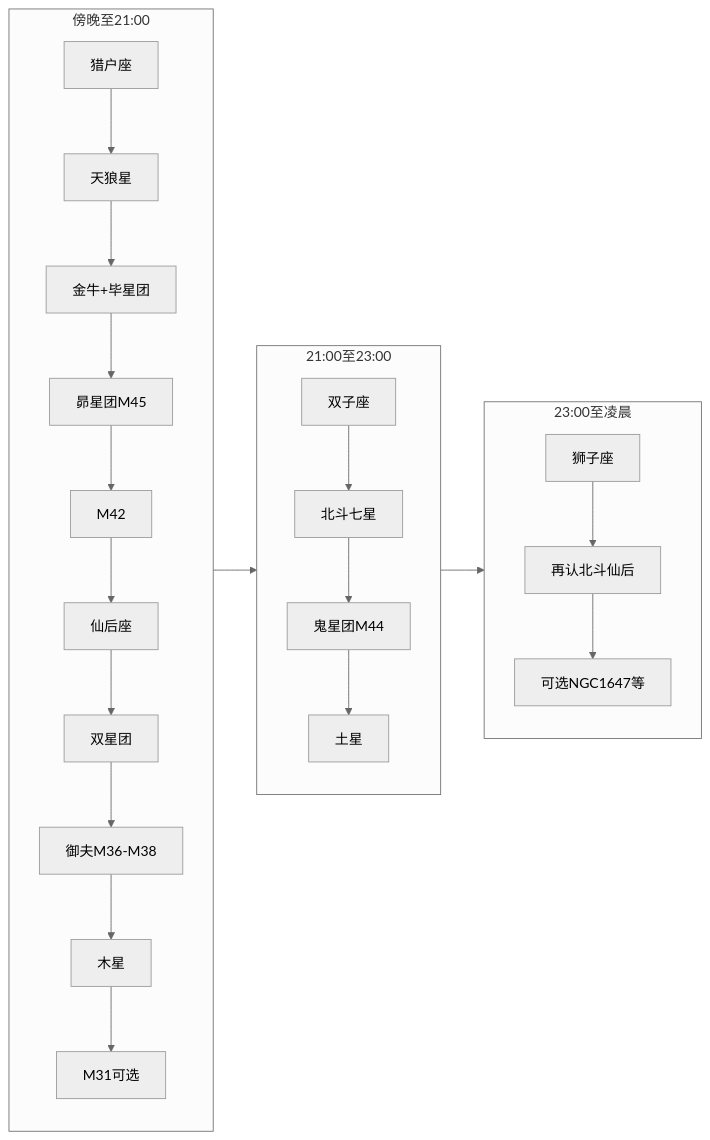
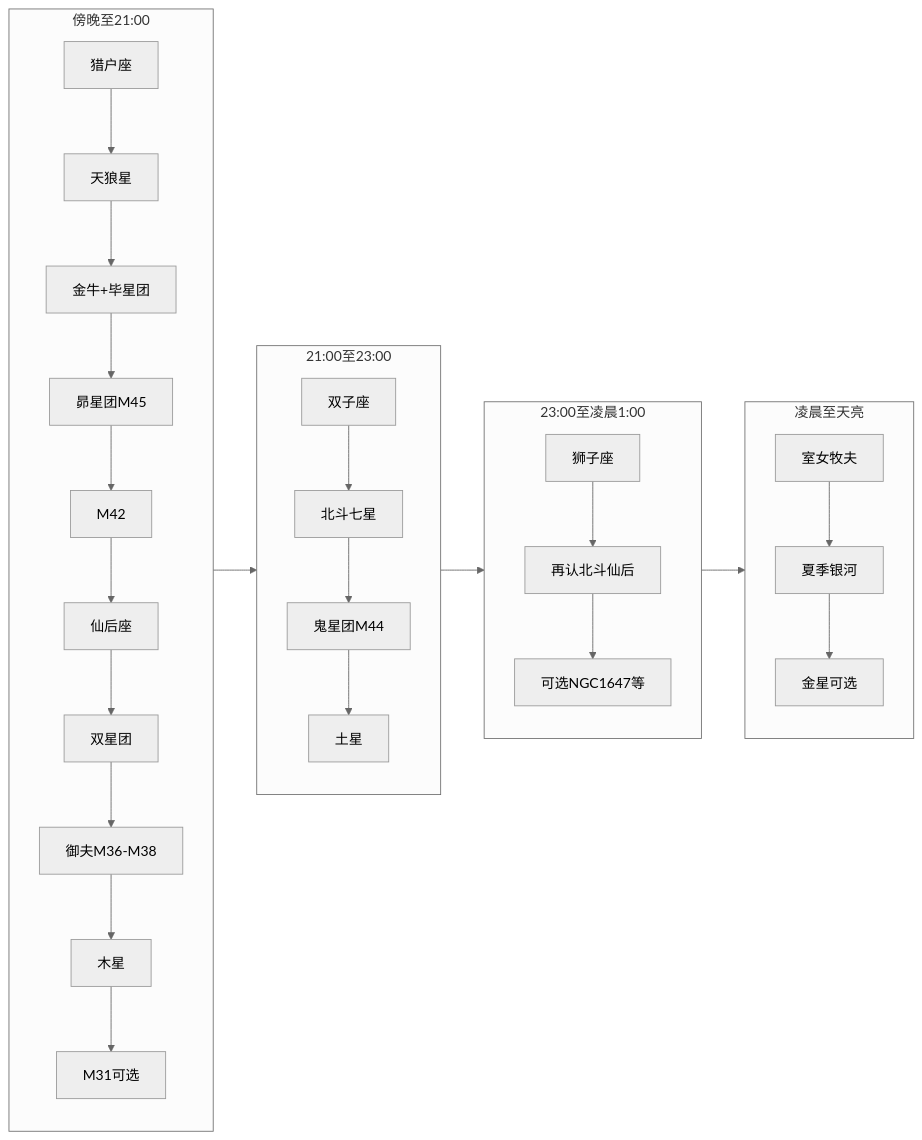
Before and after one commit to dadongshangu/nightwatch: the diagram in 2026_shandong/观星计划_临朐春节一晚.md, drawn with Mermaid (neutral theme). The commit also changed other lines of this file and 2 other files, not shown here.

````diff
--- a/2026_shandong/观星计划_临朐春节一晚.md
+++ b/2026_shandong/观星计划_临朐春节一晚.md
@@ -79,24 +111,28 @@
 ```mermaid
 flowchart LR
   subgraph phase1 [傍晚至21:00]
     A[猎户座] --> B[天狼星]
     B --> C[金牛+毕星团]
     C --> D[昴星团M45]
     D --> E[M42]
     E --> F[仙后座]
     F --> G[双星团]
     G --> H[御夫M36-M38]
     H --> I[木星]
     I --> J[M31可选]
   end
   subgraph phase2 [21:00至23:00]
     K[双子座] --> L[北斗七星]
     L --> M[鬼星团M44]
     M --> N[土星]
   end
-  subgraph phase3 [23:00至凌晨]
+  subgraph phase3 [23:00至凌晨1:00]
     O[狮子座] --> P[再认北斗仙后]
     P --> Q[可选NGC1647等]
   end
-  phase1 --> phase2 --> phase3
+  subgraph phase4 [凌晨至天亮]
+    R[室女牧夫] --> S[夏季银河]
+    S --> T[金星可选]
+  end
+  phase1 --> phase2 --> phase3 --> phase4
 ```
````
